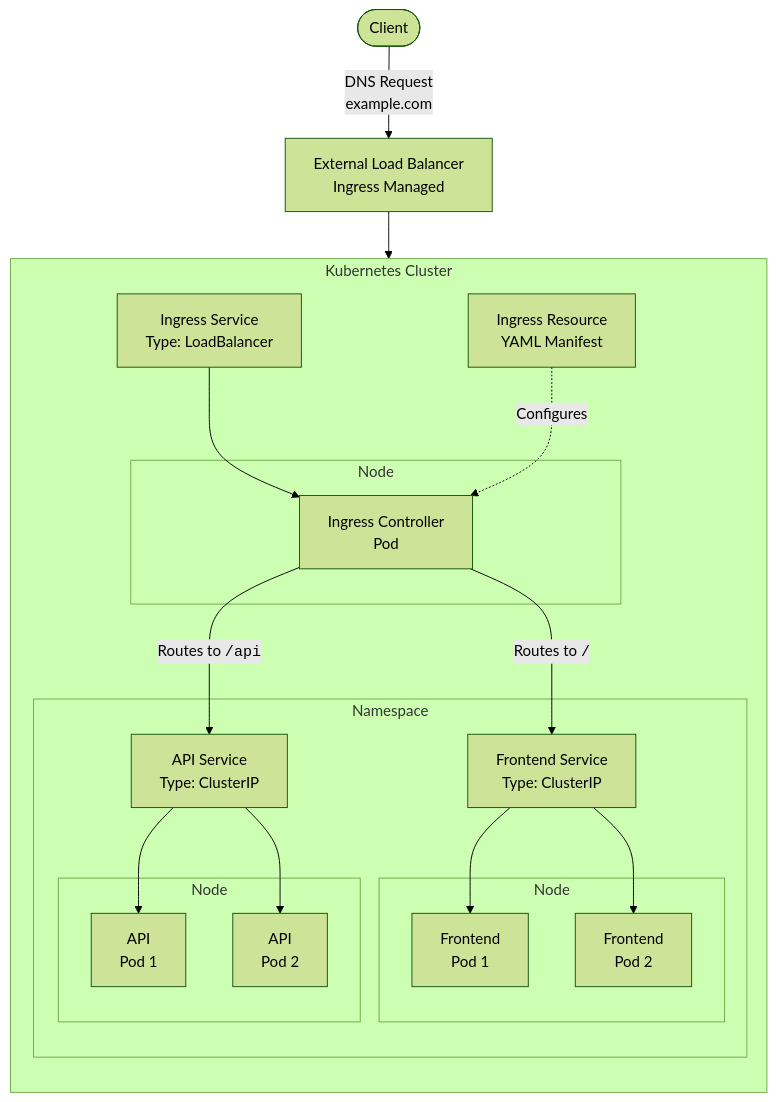
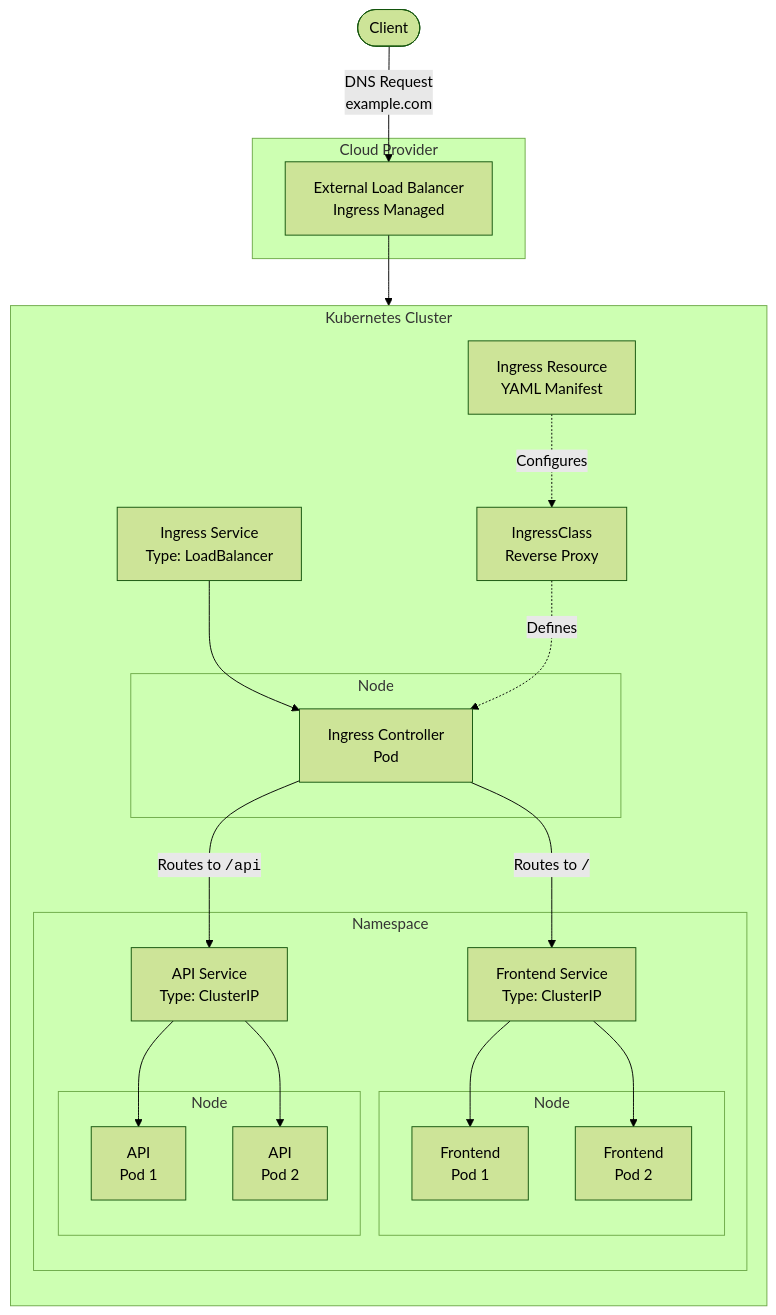
One commit to sentenz/kubernetes changed the diagram in README.md. Above: the diagram before and after it, drawn with Mermaid (forest theme). The commit also changed other lines of this file, not shown here.

Commit message:
docs: modify Conceptual Diagram with `IngressClass` in root README.md

````diff
--- a/README.md
+++ b/README.md
@@ -14,43 +14,48 @@
 ```mermaid
 flowchart TD
     internet([Client])
-    lb[External Load Balancer<br>Ingress Managed]
+
+    subgraph cloud [Cloud Provider]
+        lb[External Load Balancer<br>Ingress Managed]
+    end
+
     internet --> |DNS Request<br>example.com| lb --> icService
 
     subgraph cluster [Kubernetes Cluster]
         direction TB
 
         icService[Ingress Service<br>Type: LoadBalancer] --> ic
 
-        subgraph cloud [Node]
+        subgraph node0 [Node]
           ic[Ingress Controller<br>Pod]
         end
 
         ingressResource[Ingress Resource<br>YAML Manifest]
+        ingressClass[IngressClass<br>Reverse Proxy]
 
         subgraph ns[Namespace]
             serviceA[Frontend Service<br>Type: ClusterIP]
             serviceA --> podA1
             serviceA --> podA2
 
             subgraph node1[Node]
                 podA1[Frontend<br>Pod 1]
                 podA2[Frontend<br>Pod 2]
             end
 
             serviceB[API Service<br>Type: ClusterIP]
             serviceB --> podB1
             serviceB --> podB2
 
             subgraph node2[Node]
                 podB1[API<br>Pod 1]
                 podB2[API<br>Pod 2]
             end
         end
 
-        ingressResource -.-> |Configures| ic
+        ingressResource -.-> |Configures| ingressClass -.-> |Defines| ic
 
         ic --> |Routes to <code>/</code>| serviceA
         ic --> |Routes to <code>/api</code>| serviceB
     end
 ```
````
